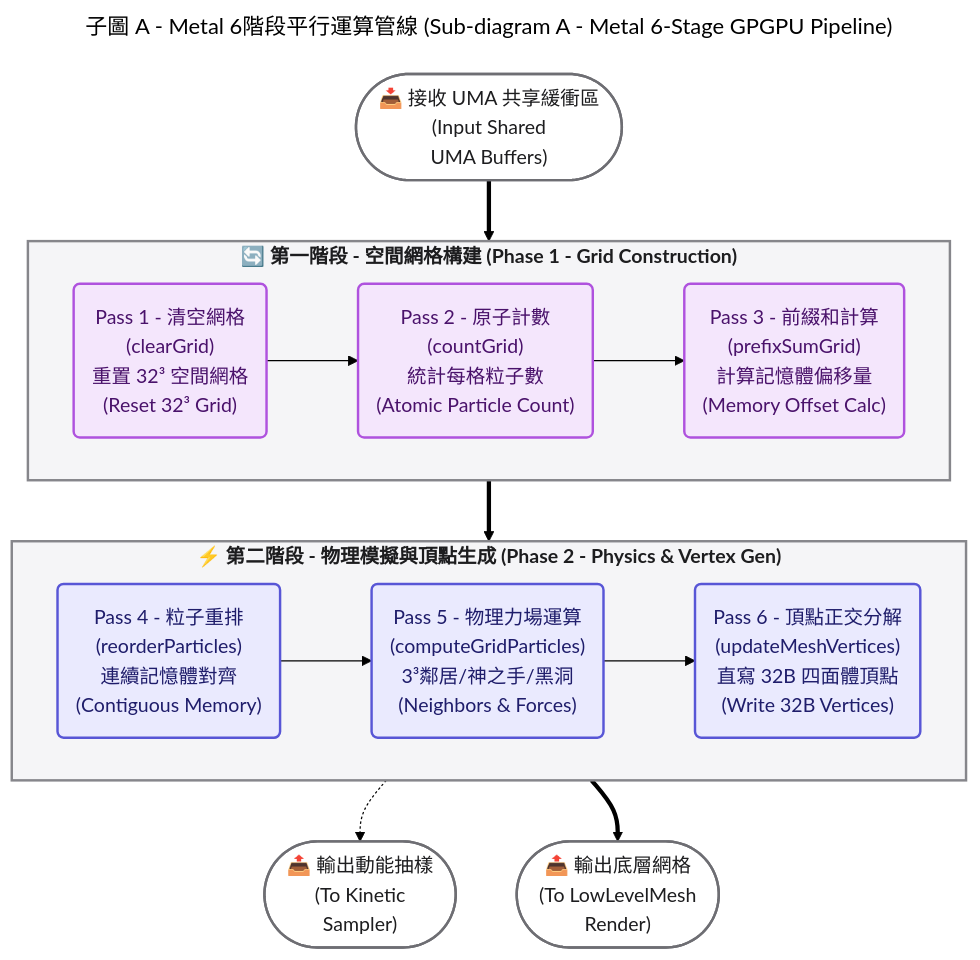
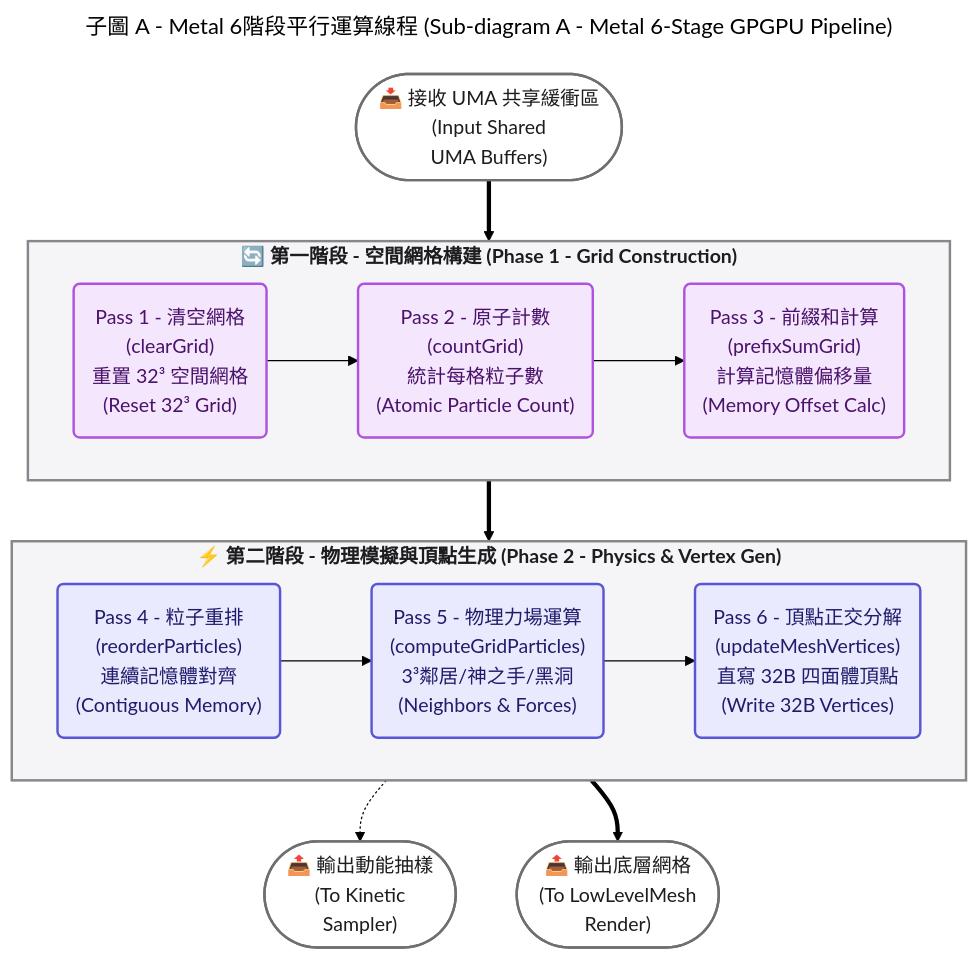
The second of 3 diagrams in README.md (lennox0909/ParticleVision), drawn with Mermaid (forest theme) before and after one commit. The commit also changed other lines of this file, not shown here.

````diff
--- a/README.md
+++ b/README.md
@@ -108,42 +108,42 @@
 ```mermaid
 ---
-title: "子圖 A - Metal 6階段平行運算管線 (Sub-diagram A - Metal 6-Stage GPGPU Pipeline)"
+title: "子圖 A - Metal 6階段平行運算線程 (Sub-diagram A - Metal 6-Stage GPGPU Pipeline)"
 ---
 flowchart TB
     %% 🍎 Apple HIG 高反差系統色票
     classDef applePurple fill:#F4E6FC,stroke:#AF52DE,stroke-width:2px,color:#4A126B
     classDef appleIndigo fill:#EAEAFE,stroke:#5856D6,stroke-width:2px,color:#1F1D6B
     classDef applePill fill:#FFFFFF,stroke:#6E6E73,stroke-width:2px,color:#1D1D1F
 
     UMA_In(["📥 接收 UMA 共享緩衝區<br/>(Input Shared<br/>UMA Buffers)"]):::applePill
 
     subgraph Stage_1_to_3 ["<b>🔄 第一階段 - 空間網格構建 (Phase 1 - Grid Construction)</b>"]
         direction LR
         P1("Pass 1 - 清空網格<br/>(clearGrid)<br/>重置 32³ 空間網格<br/>(Reset 32³ Grid)"):::applePurple
         P2("Pass 2 - 原子計數<br/>(countGrid)<br/>統計每格粒子數<br/>(Atomic Particle Count)"):::applePurple
         P3("Pass 3 - 前綴和計算<br/>(prefixSumGrid)<br/>計算記憶體偏移量<br/>(Memory Offset Calc)"):::applePurple
         
         P1 --> P2 --> P3
     end
 
     subgraph Stage_4_to_6 ["<b>⚡ 第二階段 - 物理模擬與頂點生成 (Phase 2 - Physics & Vertex Gen)</b>"]
         direction LR
         P4("Pass 4 - 粒子重排<br/>(reorderParticles)<br/>連續記憶體對齊<br/>(Contiguous Memory)"):::appleIndigo
         P5("Pass 5 - 物理力場運算<br/>(computeGridParticles)<br/>3³鄰居/神之手/黑洞<br/>(Neighbors & Forces)"):::appleIndigo
         P6("Pass 6 - 頂點正交分解<br/>(updateMeshVertices)<br/>直寫 32B 四面體頂點<br/>(Write 32B Vertices)"):::appleIndigo
 
         P4 --> P5 --> P6
     end
 
     Out_Sample(["📤 輸出動能抽樣<br/>(To Kinetic<br/>Sampler)"]):::applePill
     Out_Mesh(["📤 輸出底層網格<br/>(To LowLevelMesh<br/>Render)"]):::applePill
 
     UMA_In ==> P1
     P3 ==> P4
     P5 -.-> Out_Sample
     P6 ==> Out_Mesh
 
     %% 強制指定子圖容器為 Apple 淺灰底色與純黑高反差字體
     style Stage_1_to_3 fill:#F5F5F7,stroke:#86868B,stroke-width:2px,color:#1D1D1F
     style Stage_4_to_6 fill:#F5F5F7,stroke:#86868B,stroke-width:2px,color:#1D1D1F
 ```
````
